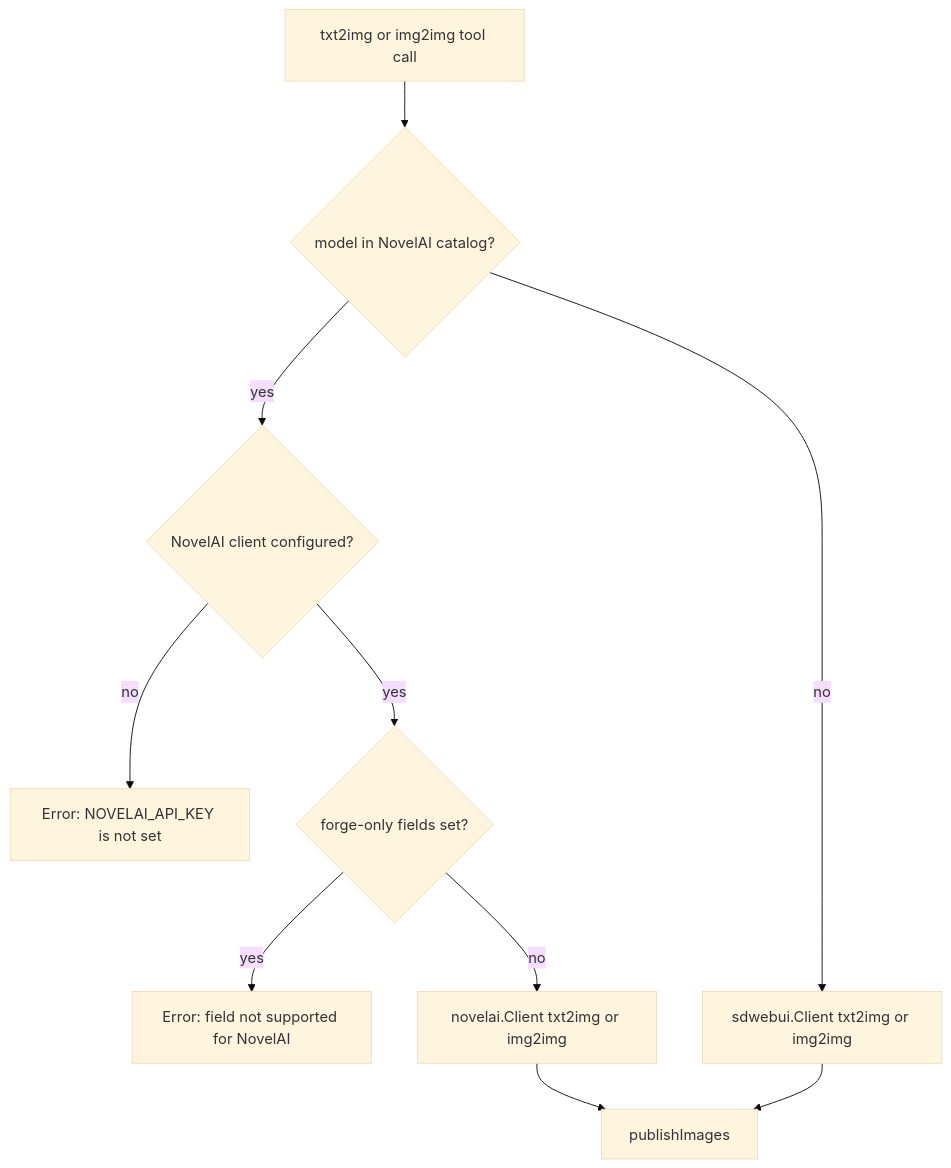
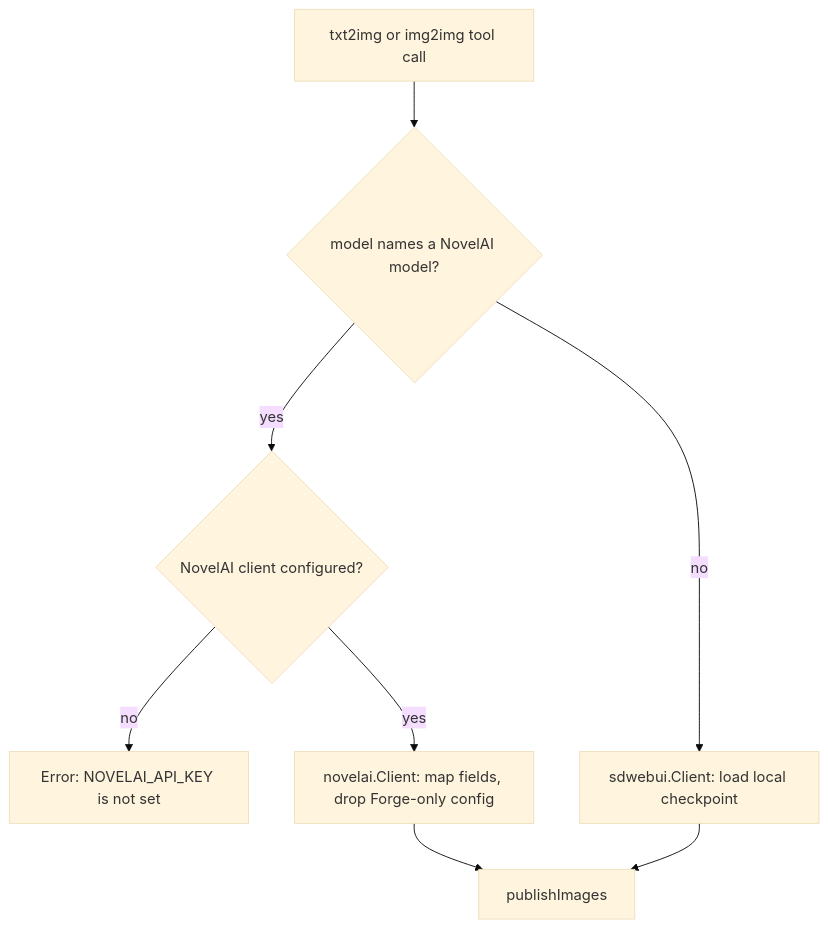
One commit to wishmatic/neo-mcp changed the diagram in docs/plans/NOVELAI_PLAN.md. Above: the diagram before and after it, drawn with Mermaid (base theme). The commit also changed other lines of this file and 2 other files, not shown here.

Commit message:
Update NovelAI plan to prefix-based routing

````diff
--- a/docs/plans/NOVELAI_PLAN.md
+++ b/docs/plans/NOVELAI_PLAN.md
@@ -15,12 +14,10 @@
 ```mermaid
 flowchart TD
-    A[txt2img or img2img tool call] --> B{model in NovelAI catalog?}
+    A[txt2img or img2img tool call] --> B{model names a NovelAI model?}
     B -- yes --> C{NovelAI client configured?}
     C -- no --> D[Error: NOVELAI_API_KEY is not set]
-    C -- yes --> E{forge-only fields set?}
-    E -- yes --> F[Error: field not supported for NovelAI]
-    E -- no --> G[novelai.Client txt2img or img2img]
-    B -- no --> H[sdwebui.Client txt2img or img2img]
-    G --> I[publishImages]
-    H --> I
+    C -- yes --> E[novelai.Client: map fields, drop Forge-only config]
+    B -- no --> F[sdwebui.Client: load local checkpoint]
+    E --> G[publishImages]
+    F --> G
 ```
````
